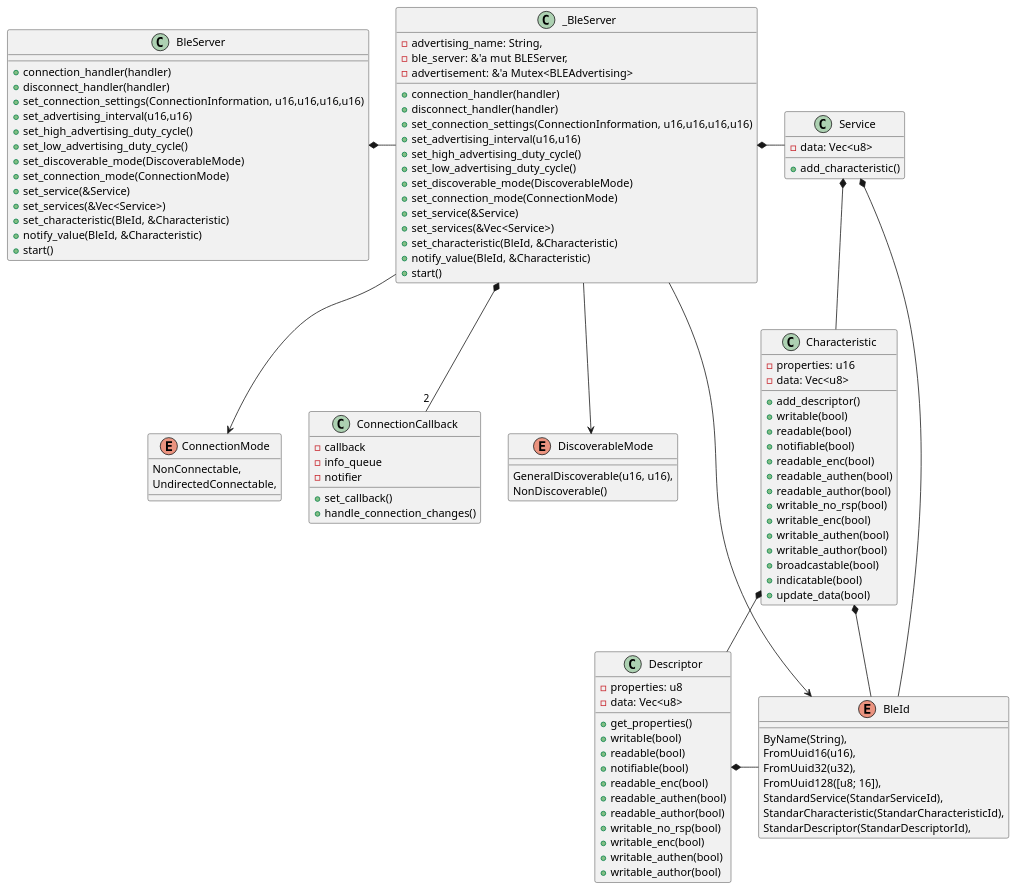
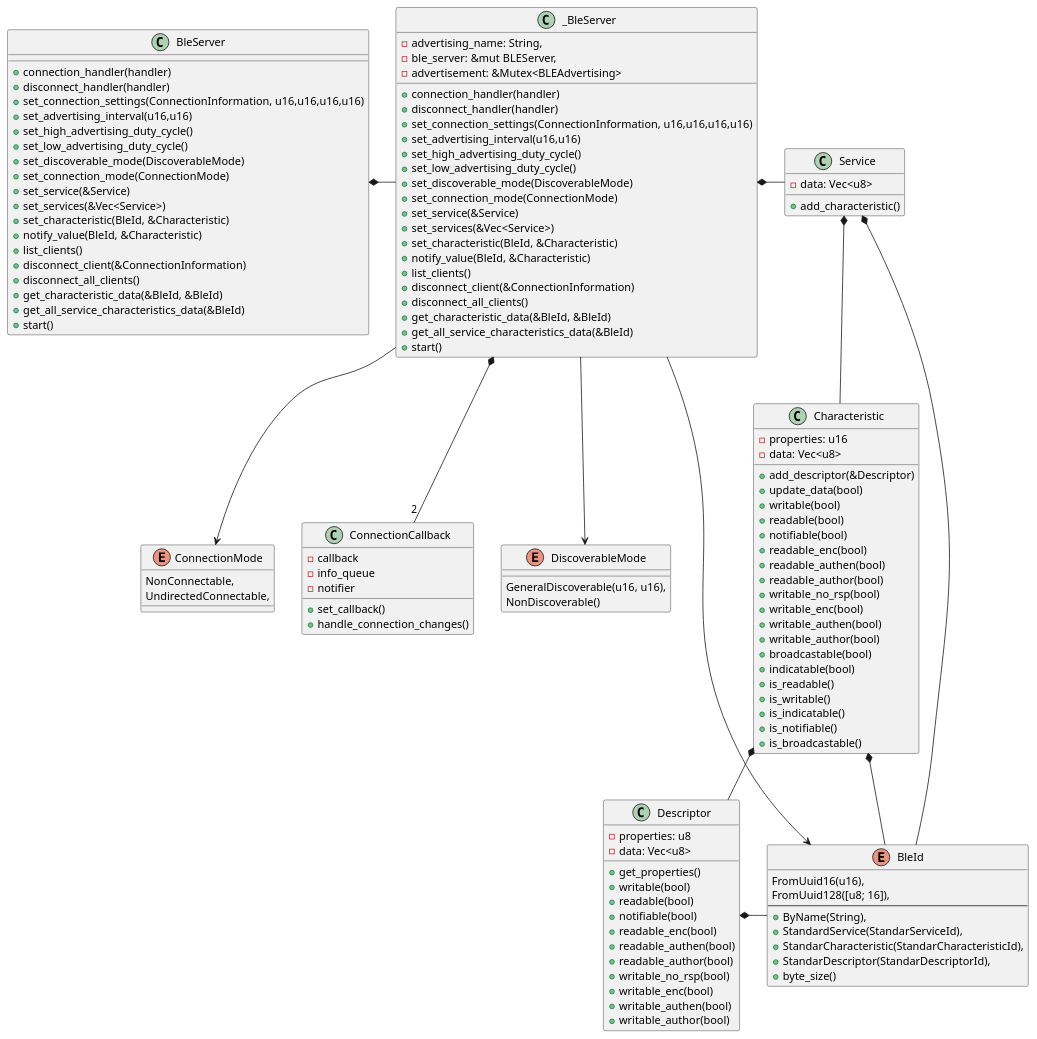
Before and after one commit to esp32framework/esp32framework: the diagram in diagrams/ble-server.puml, drawn with PlantUML.

Commit message:
Update Ble Server

```diff
--- a/diagrams/ble-server.puml
+++ b/diagrams/ble-server.puml
@@ -1,121 +1,137 @@
 @startuml Ble Server
 
 
 class BleServer{
     + connection_handler(handler)
     + disconnect_handler(handler)
     + set_connection_settings(ConnectionInformation, u16,u16,u16,u16)
     + set_advertising_interval(u16,u16)
     + set_high_advertising_duty_cycle()
     + set_low_advertising_duty_cycle()
     + set_discoverable_mode(DiscoverableMode)
     + set_connection_mode(ConnectionMode)
     + set_service(&Service)
     + set_services(&Vec<Service>)
     + set_characteristic(BleId, &Characteristic)
     + notify_value(BleId, &Characteristic)
+    + list_clients()
+    + disconnect_client(&ConnectionInformation)
+    + disconnect_all_clients()
+    + get_characteristic_data(&BleId, &BleId)
+    + get_all_service_characteristics_data(&BleId)
     + start()
 }
 
 class _BleServer{
     - advertising_name: String,
-    - ble_server: &'a mut BLEServer,
-    - advertisement: &'a Mutex<BLEAdvertising>
+    - ble_server: &mut BLEServer,
+    - advertisement: &Mutex<BLEAdvertising>
     + connection_handler(handler)
     + disconnect_handler(handler)
     + set_connection_settings(ConnectionInformation, u16,u16,u16,u16)
     + set_advertising_interval(u16,u16)
     + set_high_advertising_duty_cycle()
     + set_low_advertising_duty_cycle()
     + set_discoverable_mode(DiscoverableMode)
     + set_connection_mode(ConnectionMode)
     + set_service(&Service)
     + set_services(&Vec<Service>)
     + set_characteristic(BleId, &Characteristic)
     + notify_value(BleId, &Characteristic)
+    + list_clients()
+    + disconnect_client(&ConnectionInformation)
+    + disconnect_all_clients()
+    + get_characteristic_data(&BleId, &BleId)
+    + get_all_service_characteristics_data(&BleId)
     + start()
 }
 
 class ConnectionCallback{
     -callback
     -info_queue
     -notifier
     +set_callback()
     +handle_connection_changes()
 }
 
 class Service {
     - data: Vec<u8>
     + add_characteristic()
     
 } 
 
 class Characteristic{
     - properties: u16
     - data: Vec<u8>
-    + add_descriptor()
+    + add_descriptor(&Descriptor)
+    + update_data(bool)
     + writable(bool)
     + readable(bool)
     + notifiable(bool)
     + readable_enc(bool)
     + readable_authen(bool)
     + readable_author(bool)
     + writable_no_rsp(bool)
     + writable_enc(bool)
     + writable_authen(bool)
     + writable_author(bool)
     + broadcastable(bool)
     + indicatable(bool)
-    + update_data(bool)
+    + is_readable()
+    + is_writable()
+    + is_indicatable()
+    + is_notifiable()
+    + is_broadcastable()
 }
 
 class Descriptor{
     - properties: u8
     - data: Vec<u8>
     + get_properties()
     + writable(bool)
     + readable(bool)
     + notifiable(bool)
     + readable_enc(bool)
     + readable_authen(bool)
     + readable_author(bool)
     + writable_no_rsp(bool)
     + writable_enc(bool)
     + writable_authen(bool)
     + writable_author(bool)
 }
 
 enum DiscoverableMode {
     GeneralDiscoverable(u16, u16),
     NonDiscoverable()
 }
 
 enum ConnectionMode {
     NonConnectable,
     UndirectedConnectable,
 }
 
 enum BleId {
-    ByName(String),
     FromUuid16(u16),
-    FromUuid32(u32),
     FromUuid128([u8; 16]),
-    StandardService(StandarServiceId),
-    StandarCharacteristic(StandarCharacteristicId),
-    StandarDescriptor(StandarDescriptorId),
+    --
+    + ByName(String),
+    + StandardService(StandarServiceId),
+    + StandarCharacteristic(StandarCharacteristicId),
+    + StandarDescriptor(StandarDescriptorId),
+    + byte_size()
 }
 
 BleServer *-right- _BleServer
 _BleServer *- Service
 _BleServer *-- "2" ConnectionCallback
 Service *-- Characteristic
 Characteristic  *-- Descriptor
 _BleServer --> DiscoverableMode
 _BleServer --> ConnectionMode
 _BleServer -> BleId
 Service *- BleId
 Characteristic *- BleId
 Descriptor *- BleId
 
 
 @enduml
```
